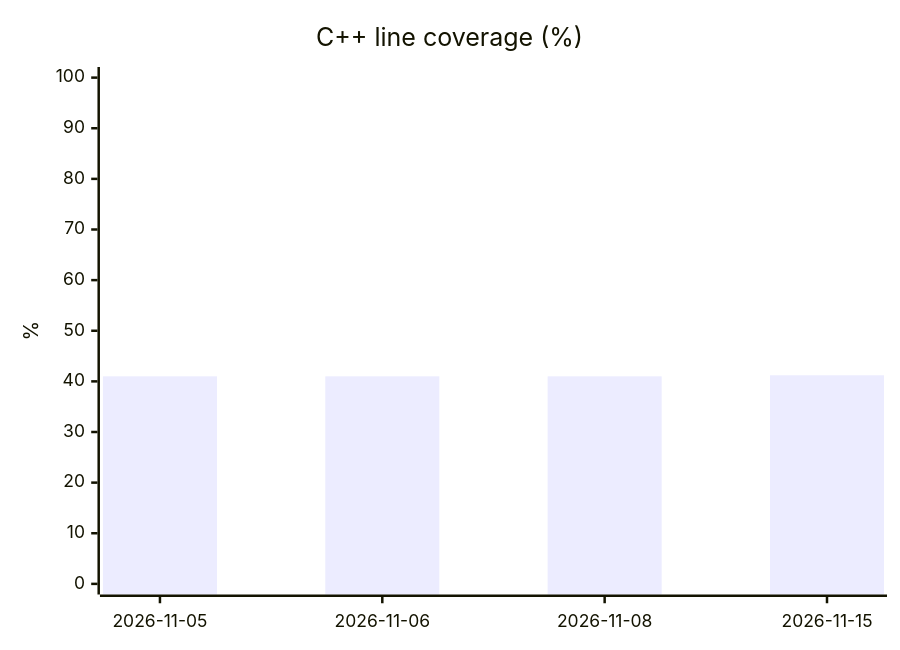
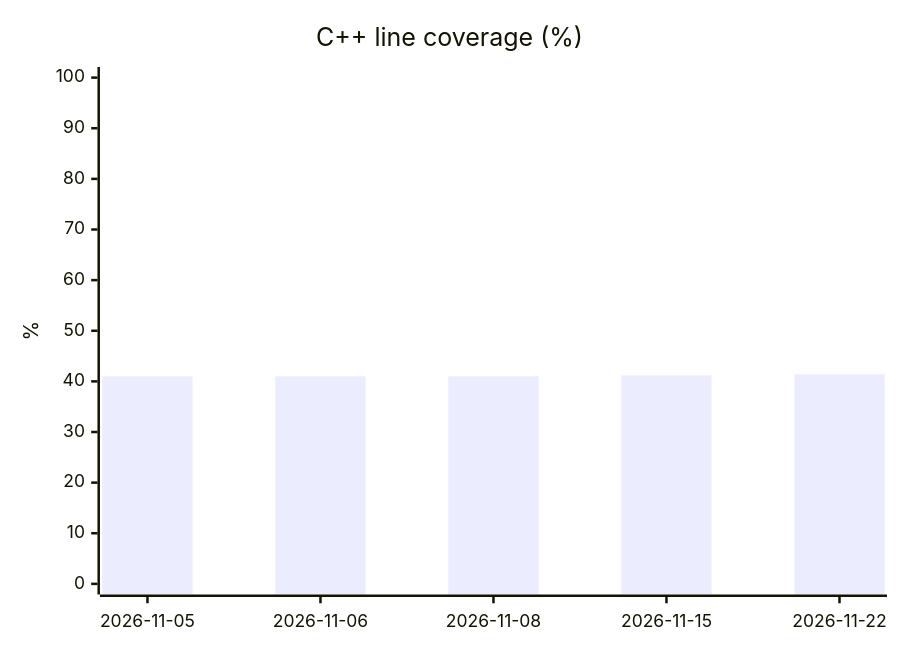
Before and after one commit to SCIInstitute/ShapeWorks: the first of 3 diagrams in README.md, drawn with Mermaid. The commit also changed other lines of this file and 1 other file, not shown here.

````diff
--- a/README.md
+++ b/README.md
@@ -15,7 +15,7 @@
 ```mermaid
 xychart-beta
     title "C++ line coverage (%)"
-    x-axis ["2026-11-05", "2026-11-06", "2026-11-08", "2026-11-15"]
+    x-axis ["2026-11-05", "2026-11-06", "2026-11-08", "2026-11-15", "2026-11-22"]
     y-axis "%" 0 --> 100
-    bar [41.0, 41.0, 41.0, 41.2]
+    bar [41.0, 41.0, 41.0, 41.2, 41.4]
 ```
````
